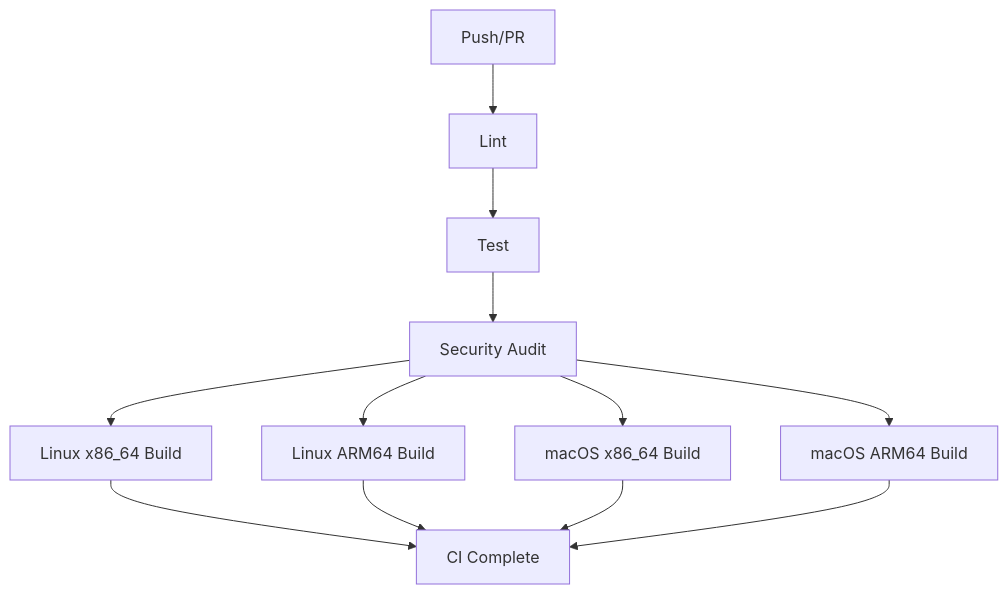
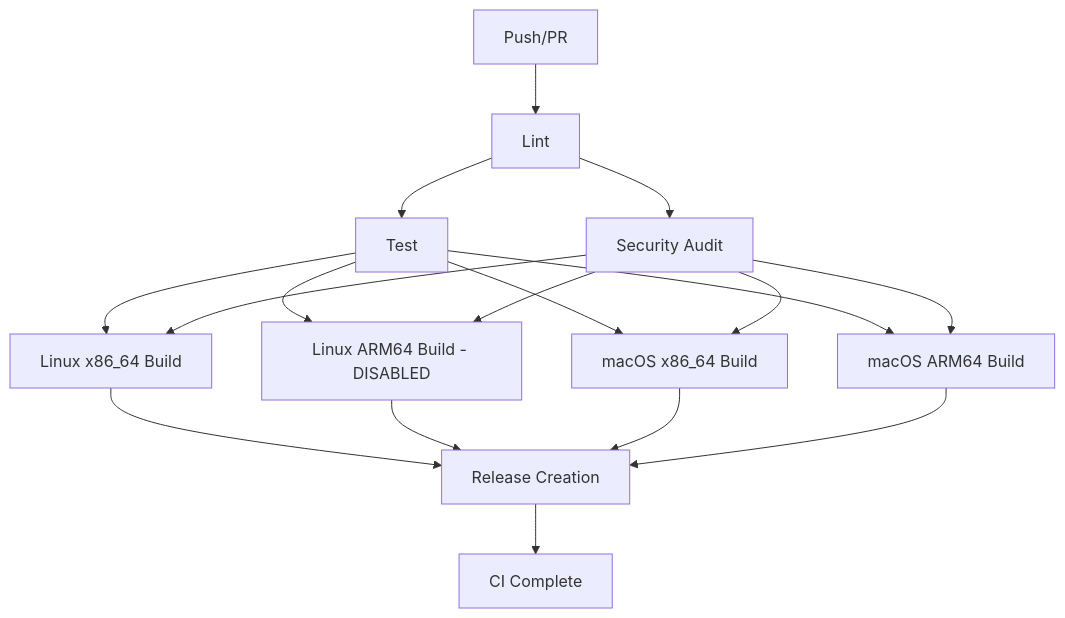
One commit to t-c-l-o-u-d/ovc changed the diagram in .github/workflows/workflow.md. Above: the diagram before and after it, drawn with Mermaid. The commit also changed other lines of this file, not shown here.

````diff
--- a/.github/workflows/workflow.md
+++ b/.github/workflows/workflow.md
@@ -69,14 +85,19 @@
 ```mermaid
 graph TD
     A[Push/PR] --> B[Lint]
     B --> C[Test]
-    C --> D[Security Audit]
-    D --> E[Linux x86_64 Build]
-    D --> F[Linux ARM64 Build]
-    D --> G[macOS x86_64 Build]
-    D --> H[macOS ARM64 Build]
-    E --> I[CI Complete]
+    B --> D[Security Audit]
+    C --> E[Linux x86_64 Build]
+    C --> F[Linux ARM64 Build - DISABLED]
+    C --> G[macOS x86_64 Build]
+    C --> H[macOS ARM64 Build]
+    D --> E
+    D --> F
+    D --> G
+    D --> H
+    E --> I[Release Creation]
     F --> I
     G --> I
     H --> I
+    I --> J[CI Complete]
 ```
````
